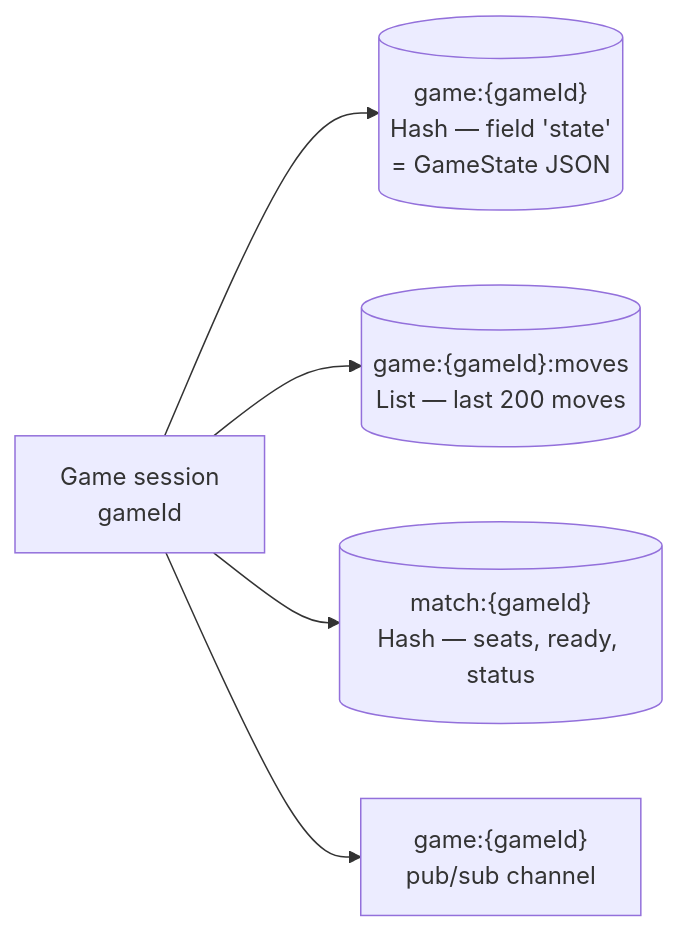
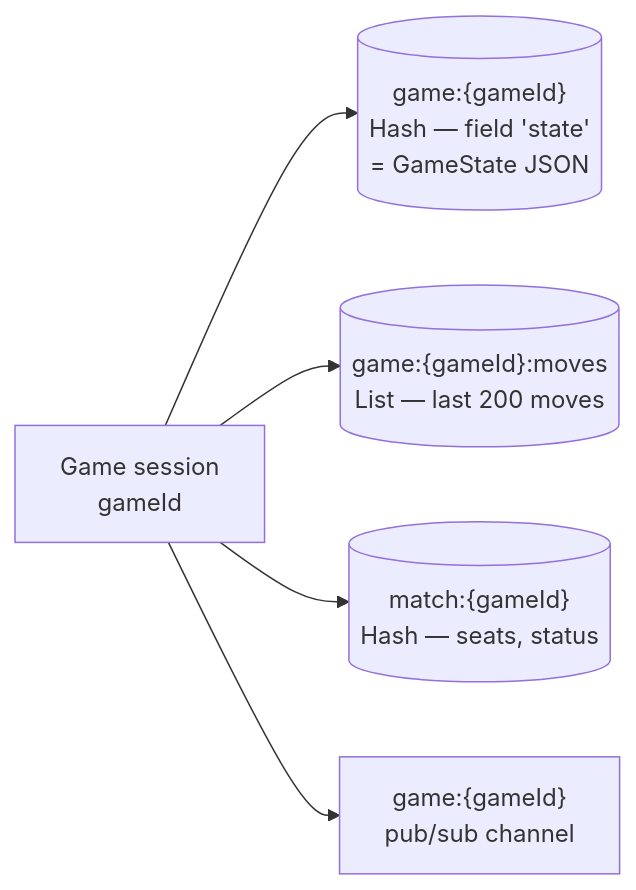
The third of 5 diagrams in docs/ludo-engine/ludo-engine-redis-system.md (J00ZzZ/ft_transcendence), drawn with Mermaid before and after one commit. The commit also changed other lines of this file and 31 other files, not shown here.

````diff
--- a/docs/ludo-engine/ludo-engine-redis-system.md
+++ b/docs/ludo-engine/ludo-engine-redis-system.md
@@ -137,7 +148,7 @@
 ```mermaid
 flowchart LR
     G["Game session<br/>gameId"] --> K1[("game:{gameId}<br/>Hash — field 'state'<br/>= GameState JSON")]
     G --> K2[("game:{gameId}:moves<br/>List — last 200 moves")]
-    G --> K3[("match:{gameId}<br/>Hash — seats, ready, status")]
+    G --> K3[("match:{gameId}<br/>Hash — seats, status")]
     G --> C["game:{gameId}<br/>pub/sub channel"]
 ```
````
